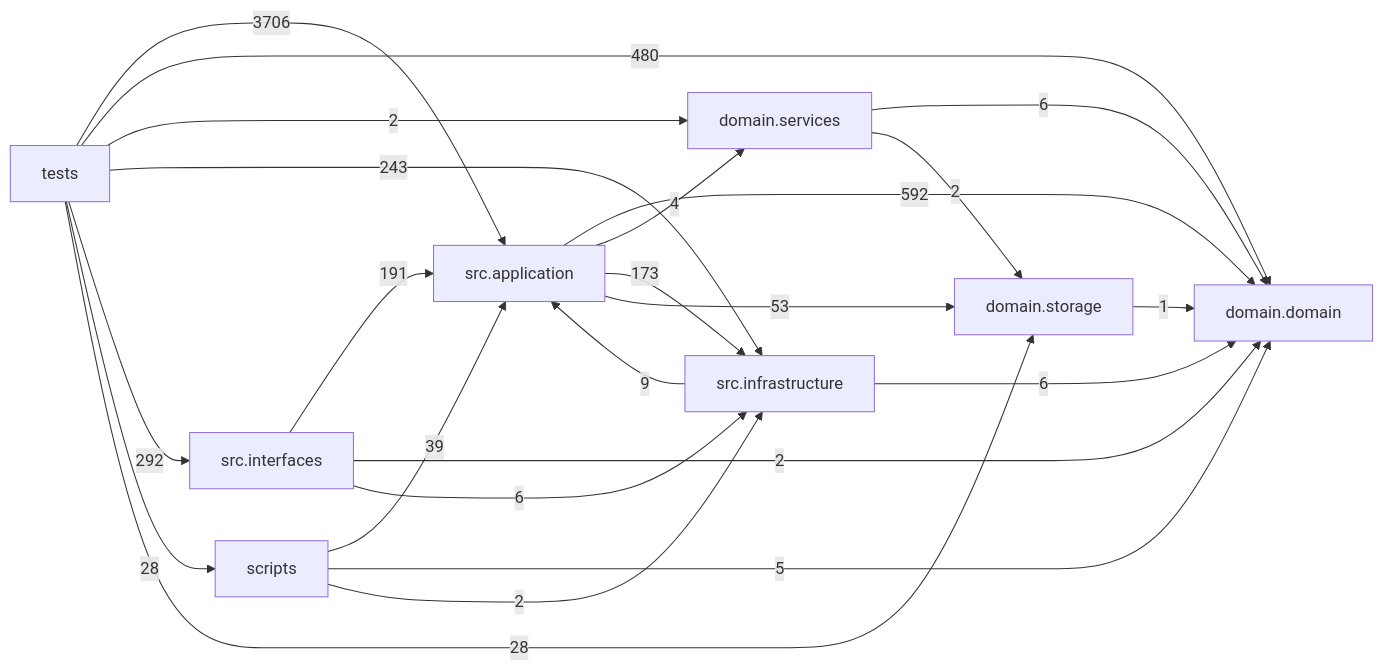
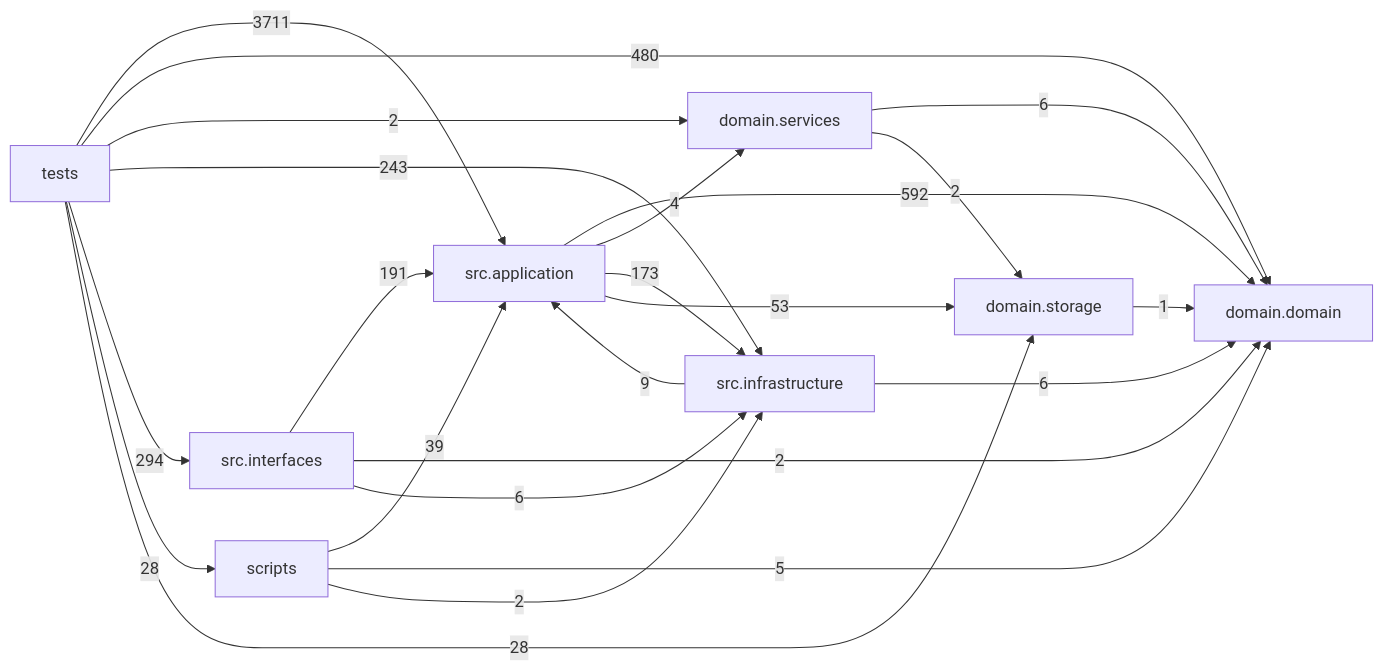
One commit to liuxie066/options-monitor changed the diagram in docs/DEPENDENCY_GRAPH.md. Above: the diagram before and after it, drawn with Mermaid. The commit also changed other lines of this file and 13 other files, not shown here.

````diff
--- a/docs/DEPENDENCY_GRAPH.md
+++ b/docs/DEPENDENCY_GRAPH.md
@@ -24,33 +24,33 @@
 ```mermaid
 flowchart LR
   tests["tests"]
   scripts["scripts"]
   interfaces["src.interfaces"]
   application["src.application"]
   infrastructure["src.infrastructure"]
   domain_services["domain.services"]
   domain["domain.domain"]
   storage["domain.storage"]
   application -->|592| domain
   application -->|4| domain_services
   application -->|173| infrastructure
   application -->|53| storage
   domain_services -->|6| domain
   domain_services -->|2| storage
   infrastructure -->|9| application
   infrastructure -->|6| domain
   interfaces -->|191| application
   interfaces -->|2| domain
   interfaces -->|6| infrastructure
   scripts -->|39| application
   scripts -->|5| domain
   scripts -->|2| infrastructure
   storage -->|1| domain
-  tests -->|3706| application
+  tests -->|3711| application
   tests -->|480| domain
   tests -->|2| domain_services
   tests -->|243| infrastructure
-  tests -->|292| interfaces
+  tests -->|294| interfaces
   tests -->|28| scripts
   tests -->|28| storage
 ```
````
